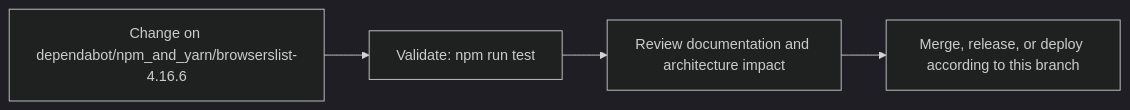
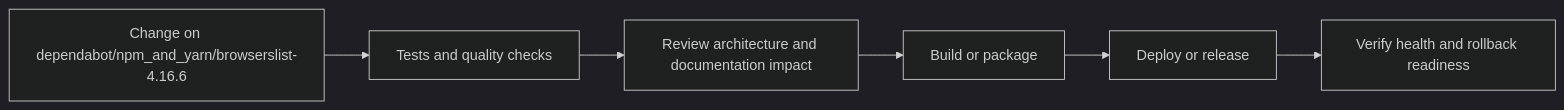
Before and after one commit to Nischhalsubba/rismfp-ui: the fourth of 5 diagrams in README.md, drawn with Mermaid (dark theme). The commit also changed other lines of this file, not shown here.

````diff
--- a/README.md
+++ b/README.md
@@ -66,8 +135,8 @@
 ```mermaid
 flowchart LR
-    CHANGE["Change on dependabot/npm_and_yarn/browserslist-4.16.6"]
-    CHECK["Validate: npm run test"]
-    REVIEW["Review documentation and architecture impact"]
-    RELEASE["Merge, release, or deploy according to this branch"]
-    CHANGE --> CHECK --> REVIEW --> RELEASE
+    CHANGE["Change on dependabot/npm_and_yarn/browserslist-4.16.6"] --> CHECK["Tests and quality checks"]
+    CHECK --> REVIEW["Review architecture and documentation impact"]
+    REVIEW --> BUILD["Build or package"]
+    BUILD --> DEPLOY["Deploy or release"]
+    DEPLOY --> VERIFY["Verify health and rollback readiness"]
 ```
````
